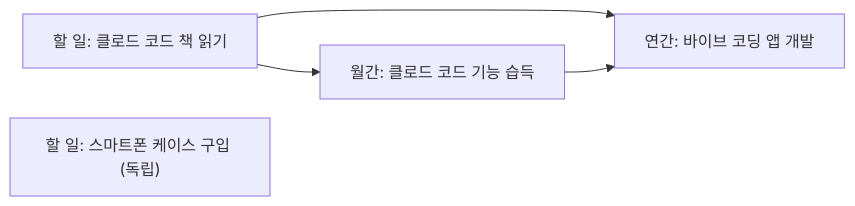
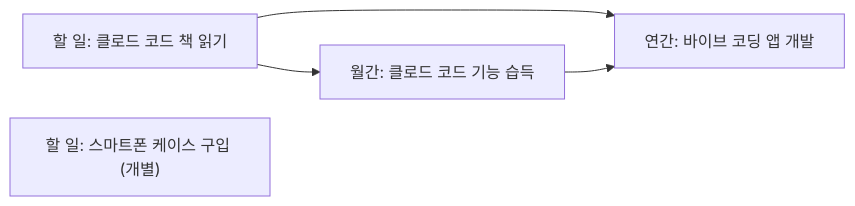
One commit to poguni/link-plan changed the second of 6 diagrams in docs/PRD.md. Above: the diagram before and after it, drawn with Mermaid. The commit also changed other lines of this file and 36 other files, not shown here.

````diff
--- a/docs/PRD.md
+++ b/docs/PRD.md
@@ -82,7 +82,7 @@
 ```mermaid
 flowchart LR
   T1["할 일: 클로드 코드 책 읽기"] --> M1["월간: 클로드 코드 기능 습득"]
   T1 --> Y1["연간: 바이브 코딩 앱 개발"]
   M1 --> Y1
-  T2["할 일: 스마트폰 케이스 구입 (독립)"]
+  T2["할 일: 스마트폰 케이스 구입 (개별)"]
 ```
````
